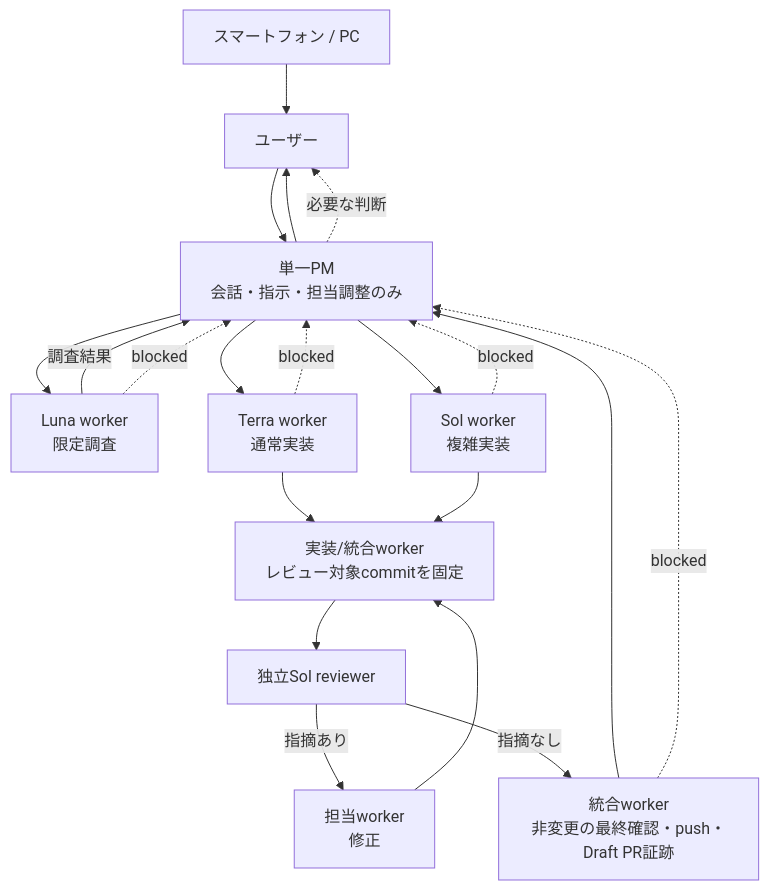
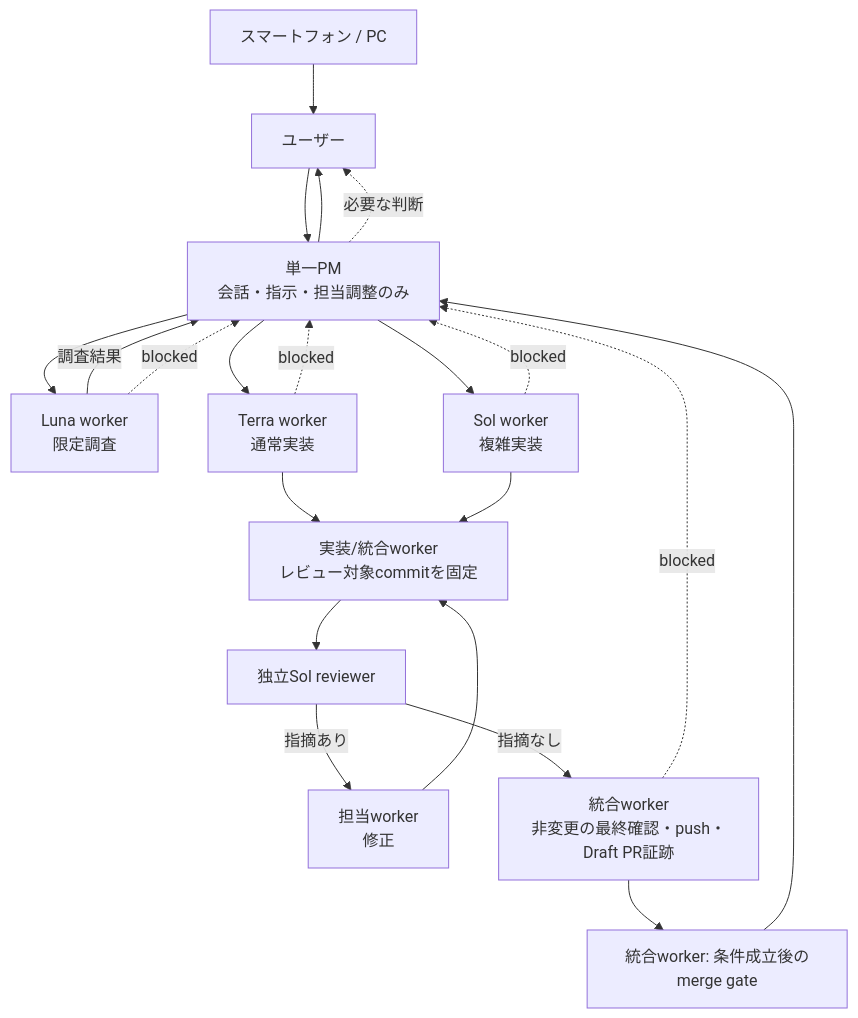
One commit to yomote/agent-world changed the diagram in docs/runbooks/pm-workflow.md. Above: the diagram before and after it, drawn with Mermaid. The commit also changed other lines of this file and 11 other files, not shown here.

````diff
--- a/docs/runbooks/pm-workflow.md
+++ b/docs/runbooks/pm-workflow.md
@@ -22,22 +22,23 @@
 ```mermaid
 flowchart TD
   Device[スマートフォン / PC] --> User[ユーザー]
   User --> PM[単一PM<br/>会話・指示・担当調整のみ]
   PM --> Luna[Luna worker<br/>限定調査]
   PM --> Terra[Terra worker<br/>通常実装]
   PM --> Sol[Sol worker<br/>複雑実装]
   Luna -->|調査結果| PM
   Terra --> Commit[実装/統合worker<br/>レビュー対象commitを固定]
   Sol --> Commit
   Commit --> Review[独立Sol reviewer]
   Review -->|指摘あり| Fix[担当worker<br/>修正]
   Fix --> Commit
   Review -->|指摘なし| Integrate[統合worker<br/>非変更の最終確認・push・Draft PR証跡]
-  Integrate --> PM
+  Integrate --> Gate[統合worker: 条件成立後のmerge gate]
+  Gate --> PM
   PM --> User
   Luna -. blocked .-> PM
   Terra -. blocked .-> PM
   Sol -. blocked .-> PM
   Integrate -. blocked .-> PM
   PM -. 必要な判断 .-> User
 ```
````
